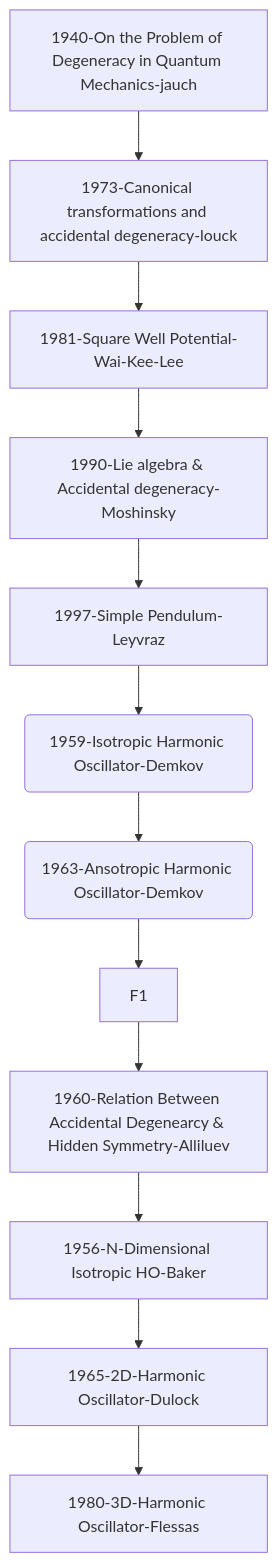
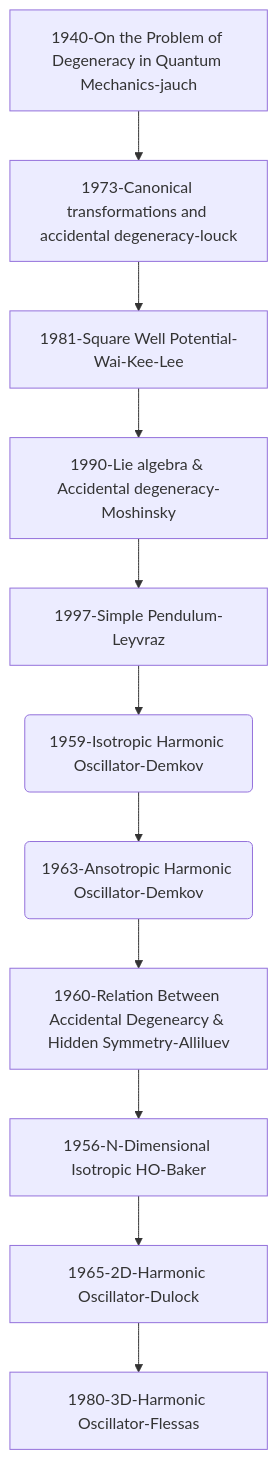
One commit to rajeshphy/research changed the diagram in _posts/2024-08-20-Degeneracy.markdown. Above: the diagram before and after it, drawn with Mermaid. The commit also changed 3 other files, not shown here.

```diff
--- a/_posts/2024-08-20-Degeneracy.markdown
+++ b/_posts/2024-08-20-Degeneracy.markdown
@@ -10,46 +10,46 @@
 <div class="mermaid">
 graph TD;
 
     A0[1940-On the Problem of Degeneracy in Quantum Mechanics-jauch]
     A[1973-Canonical transformations and accidental degeneracy-louck]
     B[1981-Square Well Potential-Wai-Kee-Lee]
     C[1990-Lie algebra & Accidental degeneracy-Moshinsky]
     D[1997-Simple Pendulum-Leyvraz]
 
     A0 --> A; A --> B; B --> C; C --> D;
 
 
     E1(1959-Isotropic Harmonic Oscillator-Demkov)
     E2(1963-Ansotropic Harmonic Oscillator-Demkov)
 
     D --> E1;    E1 --> E2;
 
     F2[1960-Relation Between Accidental Degenearcy & Hidden Symmetry-Alliluev]
     F3[1956-N-Dimensional Isotropic HO-Baker]
     F4[1965-2D-Harmonic Oscillator-Dulock]
     F5[1980-3D-Harmonic Oscillator-Flessas]
 
-    E2 --> F1; F1 --> F2; F2 --> F3; F3 --> F4; F4 --> F5;
+    E2 --> F2; F2 --> F3; F3 --> F4; F4 --> F5;
 
 
 
 
 
     click A0 "{{ site.PAPERS-ORG }}/PAPERS-ORG/Degeneracy/1940-jauch.pdf";
     click A "{{ site.PAPERS-ORG }}/PAPERS-ORG/Degeneracy/1973-louck.pdf";
     click B "{{ site.PAPERS-ORG }}/PAPERS-ORG/Degeneracy/1981-Wai-Kee-Lee-Degeneracy-Square-Problem.pdf";
     click C "{{ site.PAPERS-ORG }}/PAPERS-ORG/Degeneracy/1997-Accidental-Degeneracy-Pendulum.pdf";
     click D "{{ site.PAPERS-ORG }}/PAPERS-ORG/Degeneracy/1990-moshinsky.pdf";
 
     click E1 "{{ site.PAPERS-ORG }}/PAPERS-ORG/Degeneracy/1959-DEMKOV-Isotropic.pdf";
     click E2 "{{ site.PAPERS-ORG }}/PAPERS-ORG/Degeneracy/1963-DEMKOV-Anisotropic.pdf";
 
     click F2 "{{ site.PAPERS-ORG }}/PAPERS-ORG/Degeneracy/1958-ALLILUEV.pdf";
     click F3 "{{ site.PAPERS-ORG }}/PAPERS-ORG/Degeneracy/1956-baker-Isotropic.pdf";
     click F4 "{{ site.PAPERS-ORG }}/PAPERS-ORG/Degeneracy/dulock1965.pdf";
     click F5 "{{ site.PAPERS-ORG }}/PAPERS-ORG/Degeneracy/flessas1980.pdf";
 
 
 
 
 </div>
```
